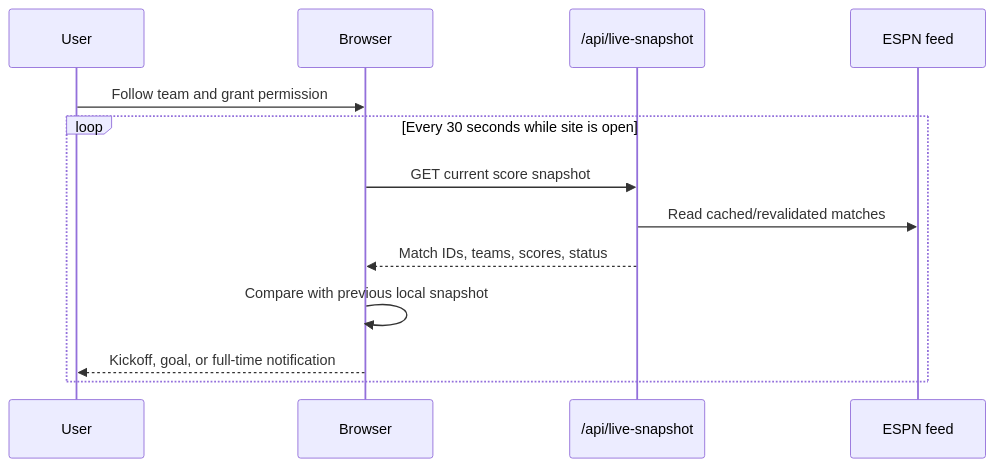
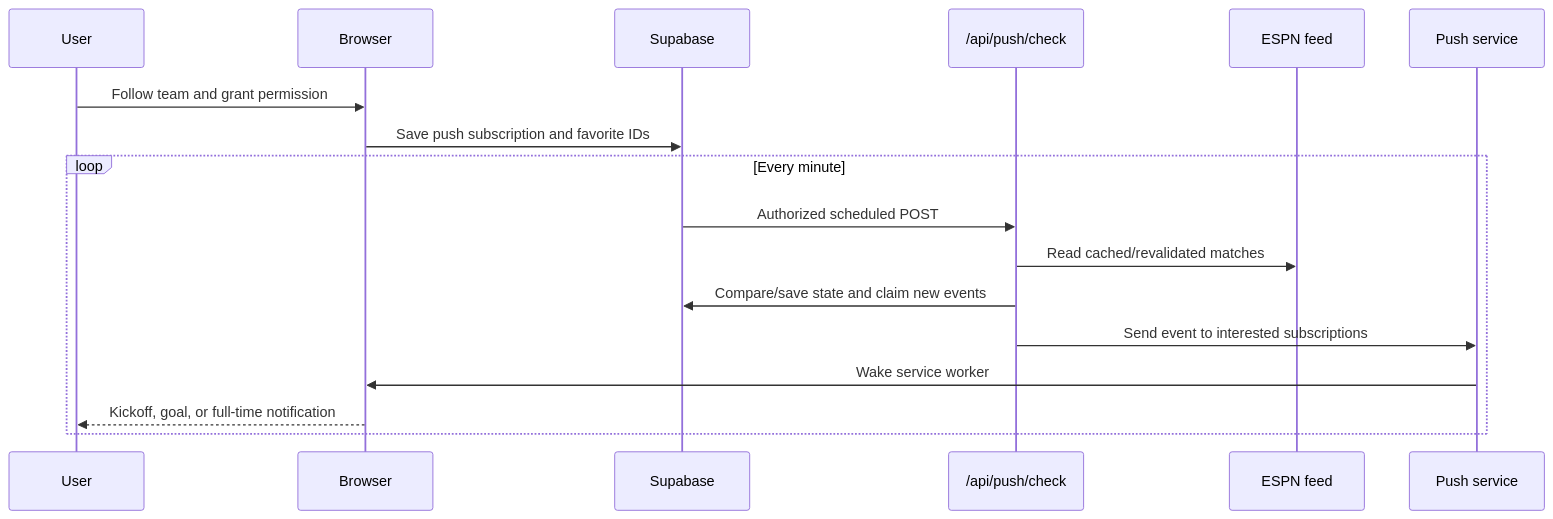
Before and after one commit to shijon12/fifa-wc-live: the second of 2 diagrams in docs/ARCHITECTURE.md, drawn with Mermaid. The commit also changed other lines of this file and 25 other files, not shown here.

Commit message:
Add background match push notifications

````diff
--- a/docs/ARCHITECTURE.md
+++ b/docs/ARCHITECTURE.md
@@ -94,16 +100,20 @@
 ```mermaid
 sequenceDiagram
     participant User
     participant Browser
-    participant Snapshot as /api/live-snapshot
+    participant Supabase
+    participant Check as /api/push/check
     participant Feed as ESPN feed
+    participant Push as Push service
 
     User->>Browser: Follow team and grant permission
-    loop Every 30 seconds while site is open
-        Browser->>Snapshot: GET current score snapshot
-        Snapshot->>Feed: Read cached/revalidated matches
-        Snapshot-->>Browser: Match IDs, teams, scores, status
-        Browser->>Browser: Compare with previous local snapshot
+    Browser->>Supabase: Save push subscription and favorite IDs
+    loop Every minute
+        Supabase->>Check: Authorized scheduled POST
+        Check->>Feed: Read cached/revalidated matches
+        Check->>Supabase: Compare/save state and claim new events
+        Check->>Push: Send event to interested subscriptions
+        Push->>Browser: Wake service worker
         Browser-->>User: Kickoff, goal, or full-time notification
     end
 ```
````
